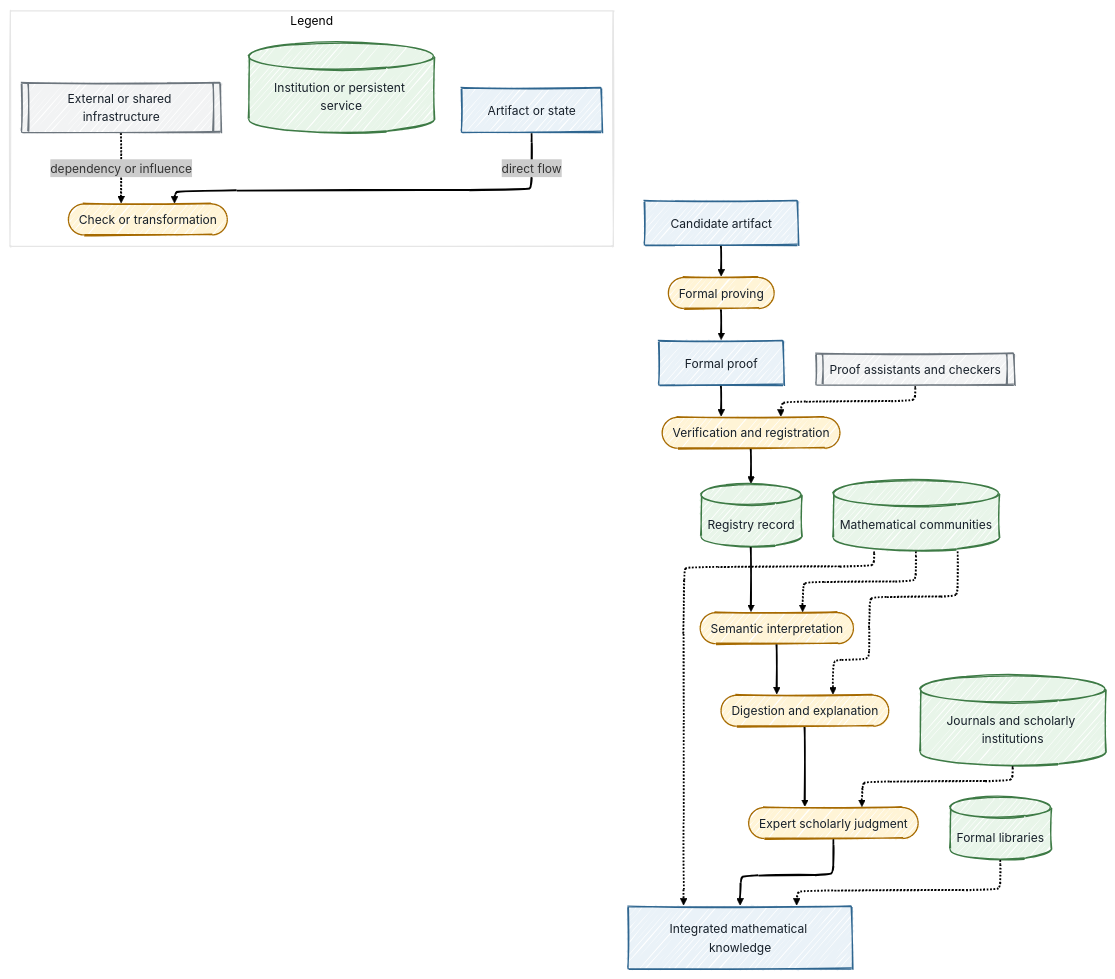
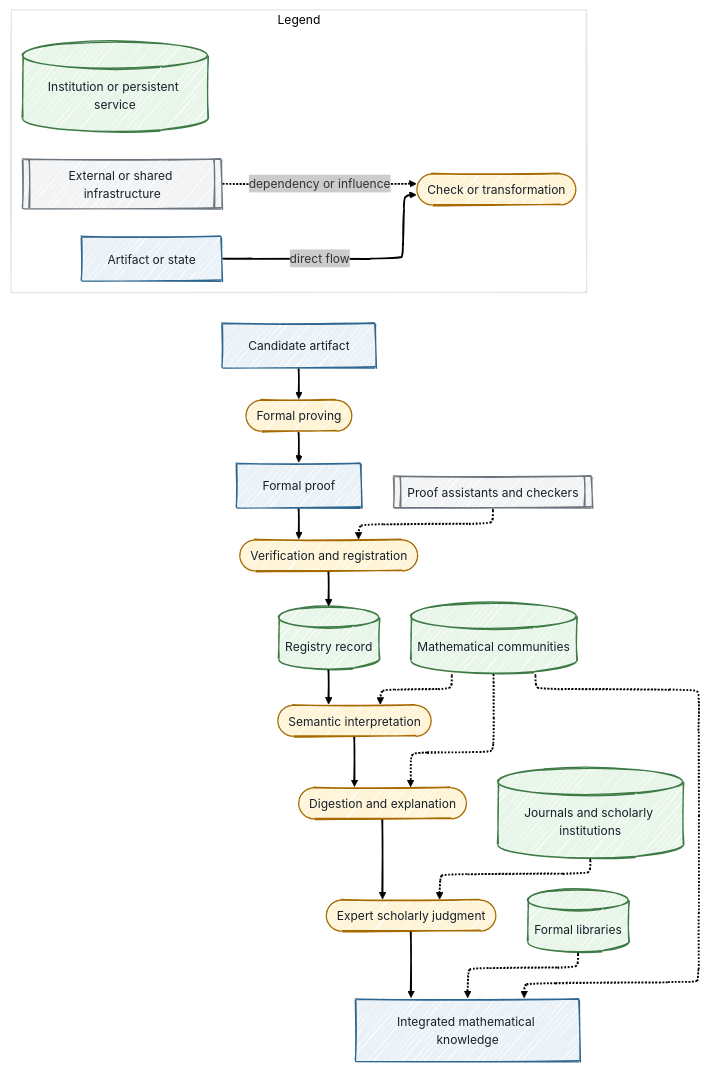
Before and after one commit to antomon/antomon.github.io: diagram 11 of 11 in posts/after-proof-abundance-palomar-and-the-new-infrastructure-of-mathematical-trust/index.qmd, drawn with Mermaid. The commit also changed other lines of this file and 94 other files, not shown here.

````diff
--- a/posts/after-proof-abundance-palomar-and-the-new-infrastructure-of-mathematical-trust/index.qmd
+++ b/posts/after-proof-abundance-palomar-and-the-new-infrastructure-of-mathematical-trust/index.qmd
@@ -789,34 +831,38 @@
 ```{mermaid}
 %%| label: fig-after-proof-abundance-palomar-and-the-new-infrastructure-of-mathematical-trust-trusted-transitions
 %%| fig-cap: 'Mathematical knowledge emerges through several distinct transitions rather than through proof verification alone.'
 %%| fig-alt: 'A candidate artifact passes through formal proving, verification and registration, semantic interpretation, proof digestion and explanation, expert scholarly judgment, and eventual integration into mathematical practice. Proof assistants, registries, journals, libraries, and communities participate at different stages. A legend identifies diagram conventions.'
 %%| fig-align: center
 %%{init: {"theme": "neo", "look": "handDrawn", "layout": "elk"}}%%
 flowchart TD
     C[Candidate artifact]:::artifact --> P([Formal proving]):::process
     P --> F[Formal proof]:::artifact
     F --> V([Verification and registration]):::process
     V --> R[(Registry record)]:::institution
     R --> S([Semantic interpretation]):::process
     S --> D([Digestion and explanation]):::process
     D --> E([Expert scholarly judgment]):::process
     E --> I[Integrated mathematical knowledge]:::artifact
 
     PA[[Proof assistants and checkers]]:::external -.-> V
     JR[(Journals and scholarly institutions)]:::institution -.-> E
     FL[(Formal libraries)]:::institution -.-> I
     MC[(Mathematical communities)]:::institution -.-> S
     MC -.-> D
     MC -.-> I
 
     subgraph LEG[Legend]
+        direction LR
+
         LA[Artifact or state]:::artifact -->|direct flow| LP([Check or transformation]):::process
         LI[(Institution or persistent service)]:::institution
         LX[[External or shared infrastructure]]:::external -.->|dependency or influence| LP
     end
+
+    LEG ~~~ C
 
     classDef artifact fill:#EAF2F8,stroke:#2F6690,color:#17202A,stroke-width:1.5px
     classDef process fill:#FFF4D6,stroke:#A66A00,color:#17202A,stroke-width:1.5px
     classDef institution fill:#E8F5E9,stroke:#3D7A45,color:#17202A,stroke-width:1.5px
     classDef external fill:#F2F3F4,stroke:#6C757D,color:#17202A,stroke-width:1.5px
 ```
````
